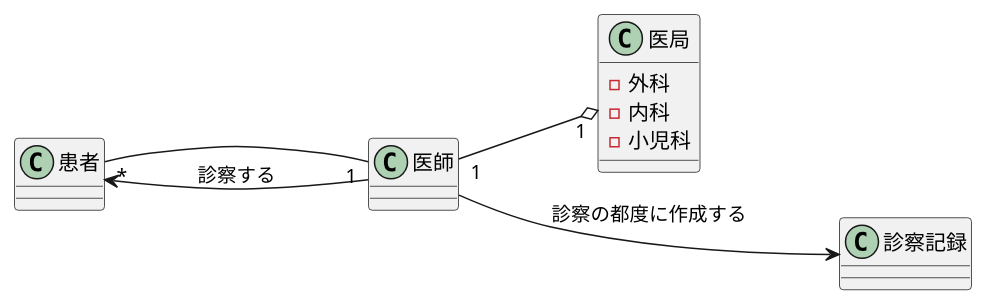
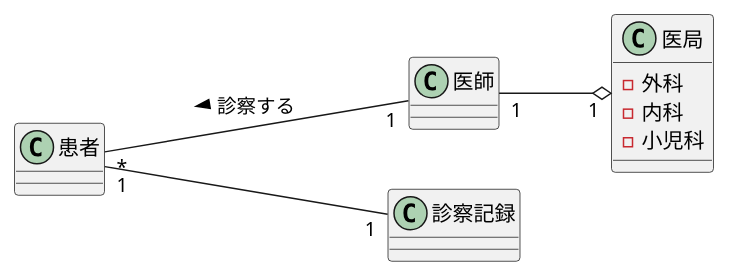
Before and after one commit to Skypeace8585/uml-introduction: the diagram in 演習3-2_CL_医師と患者と医局と診療記録.pu, drawn with PlantUML.

```diff
--- a/演習3-2_CL_医師と患者と医局と診療記録.pu
+++ b/演習3-2_CL_医師と患者と医局と診療記録.pu
@@ -1,19 +1,18 @@
 @startuml 3-2
 left to right direction
 class 医局{
     - 外科
     - 内科
     - 小児科
 }
 class 患者{
 }
 class 医師{
 }
 class 診察記録 {
 
 }
-医師-->患者:診察する
 医師 "1" --o "1" 医局
-医師 "1" --up- "*" 患者
-医師 ---> 診察記録:診察の都度に作成する
+医師 "1" --up- "*" 患者:診察する >
+患者 "1" --down- "1" 診察記録
 @enduml
```
